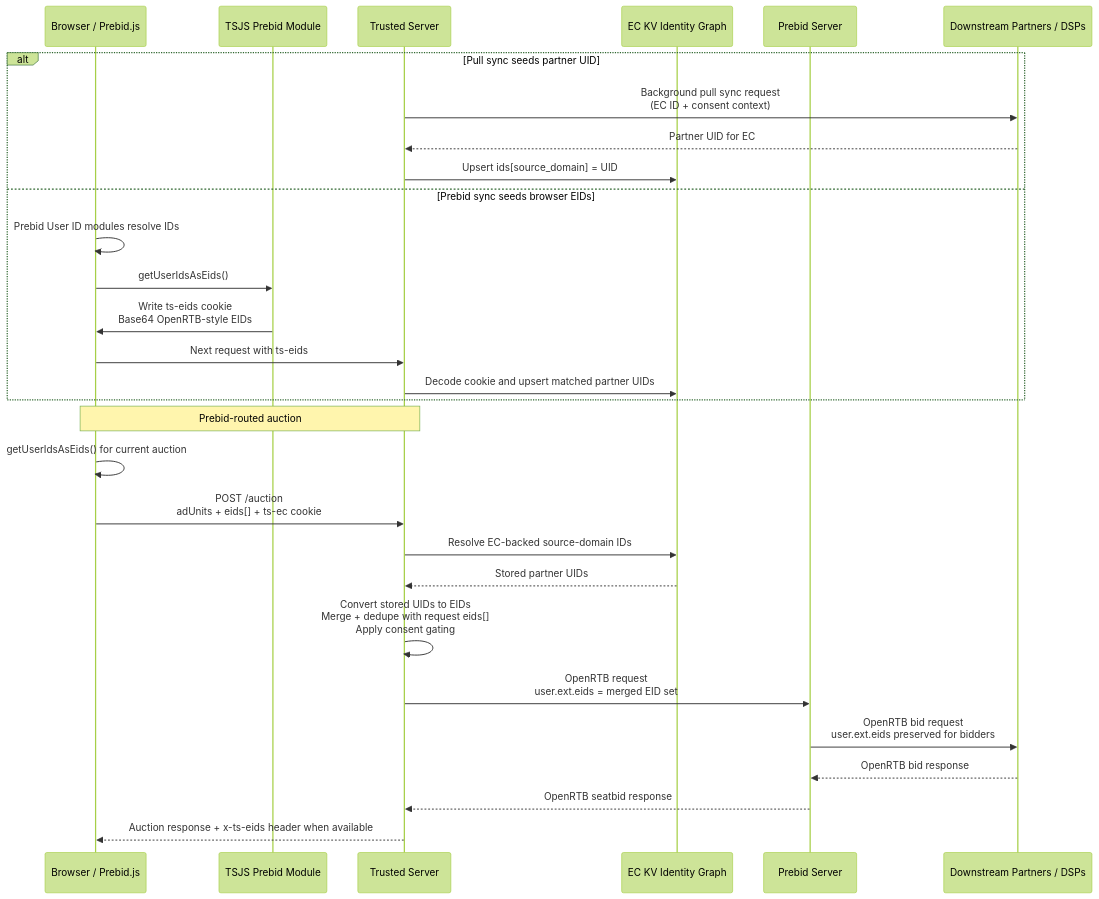
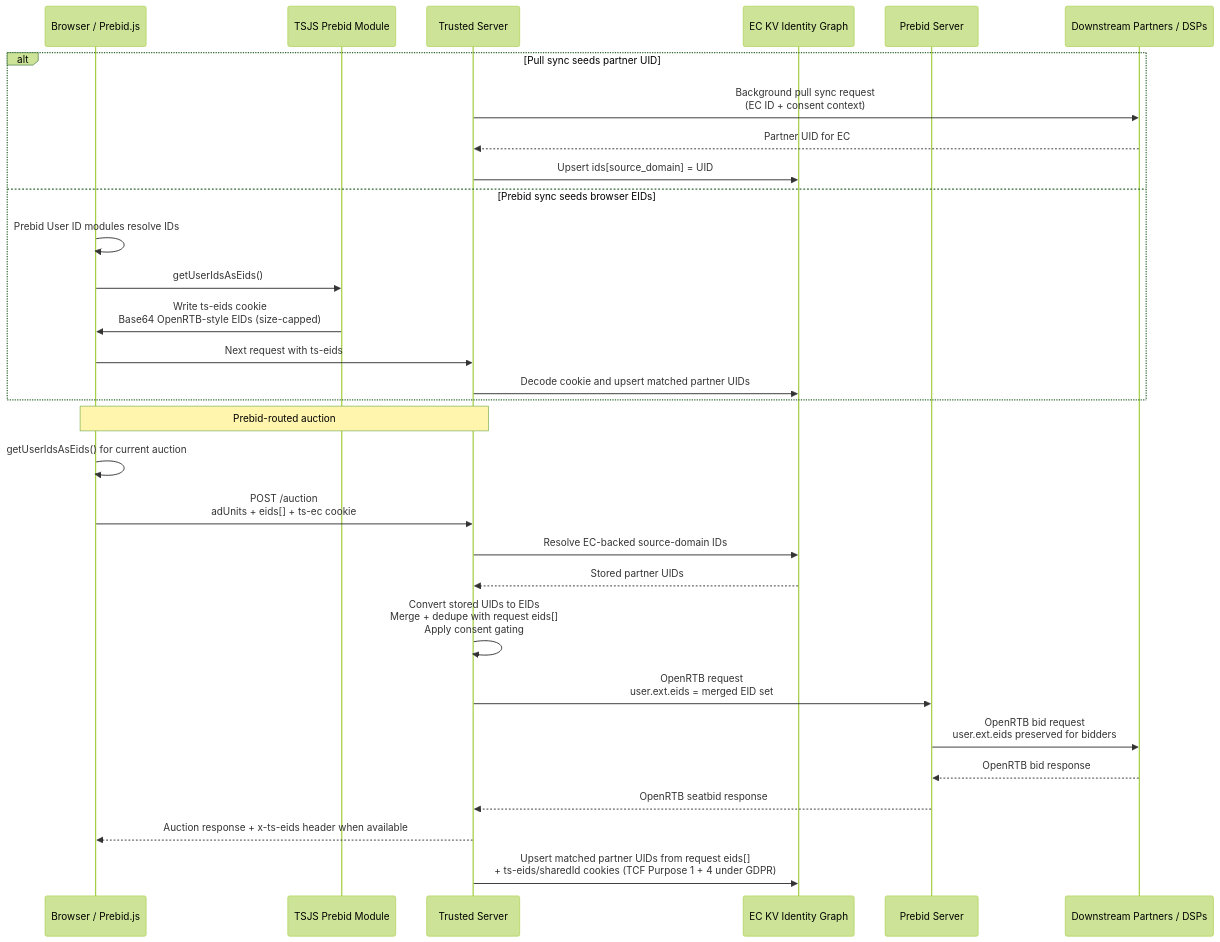
One commit to IABTechLab/trusted-server changed the sixth of 6 diagrams in docs/guide/edge-cookies.md. Above: the diagram before and after it, drawn with Mermaid (forest theme). The commit also changed other lines of this file and 2 other files, not shown here.

First line of the commit message:
Document /auction body EID ingestion and Purpose 4 gating

````diff
--- a/docs/guide/edge-cookies.md
+++ b/docs/guide/edge-cookies.md
@@ -182,33 +190,34 @@
 ```mermaid
 sequenceDiagram
     participant B as Browser / Prebid.js
     participant TSJS as TSJS Prebid Module
     participant TS as Trusted Server
     participant KV as EC KV Identity Graph
     participant PS as Prebid Server
     participant DSP as Downstream Partners / DSPs
 
     alt Pull sync seeds partner UID
         TS->>DSP: Background pull sync request<br/>(EC ID + consent context)
         DSP-->>TS: Partner UID for EC
         TS->>KV: Upsert ids[source_domain] = UID
     else Prebid sync seeds browser EIDs
         B->>B: Prebid User ID modules resolve IDs
         B->>TSJS: getUserIdsAsEids()
-        TSJS->>B: Write ts-eids cookie<br/>Base64 OpenRTB-style EIDs
+        TSJS->>B: Write ts-eids cookie<br/>Base64 OpenRTB-style EIDs (size-capped)
         B->>TS: Next request with ts-eids
         TS->>KV: Decode cookie and upsert matched partner UIDs
     end
 
     Note over B,TS: Prebid-routed auction
     B->>B: getUserIdsAsEids() for current auction
     B->>TS: POST /auction<br/>adUnits + eids[] + ts-ec cookie
     TS->>KV: Resolve EC-backed source-domain IDs
     KV-->>TS: Stored partner UIDs
     TS->>TS: Convert stored UIDs to EIDs<br/>Merge + dedupe with request eids[]<br/>Apply consent gating
     TS->>PS: OpenRTB request<br/>user.ext.eids = merged EID set
     PS->>DSP: OpenRTB bid request<br/>user.ext.eids preserved for bidders
     DSP-->>PS: OpenRTB bid response
     PS-->>TS: OpenRTB seatbid response
     TS-->>B: Auction response + x-ts-eids header when available
+    TS->>KV: Upsert matched partner UIDs from request eids[]<br/>+ ts-eids/sharedId cookies (TCF Purpose 1 + 4 under GDPR)
 ```
````
